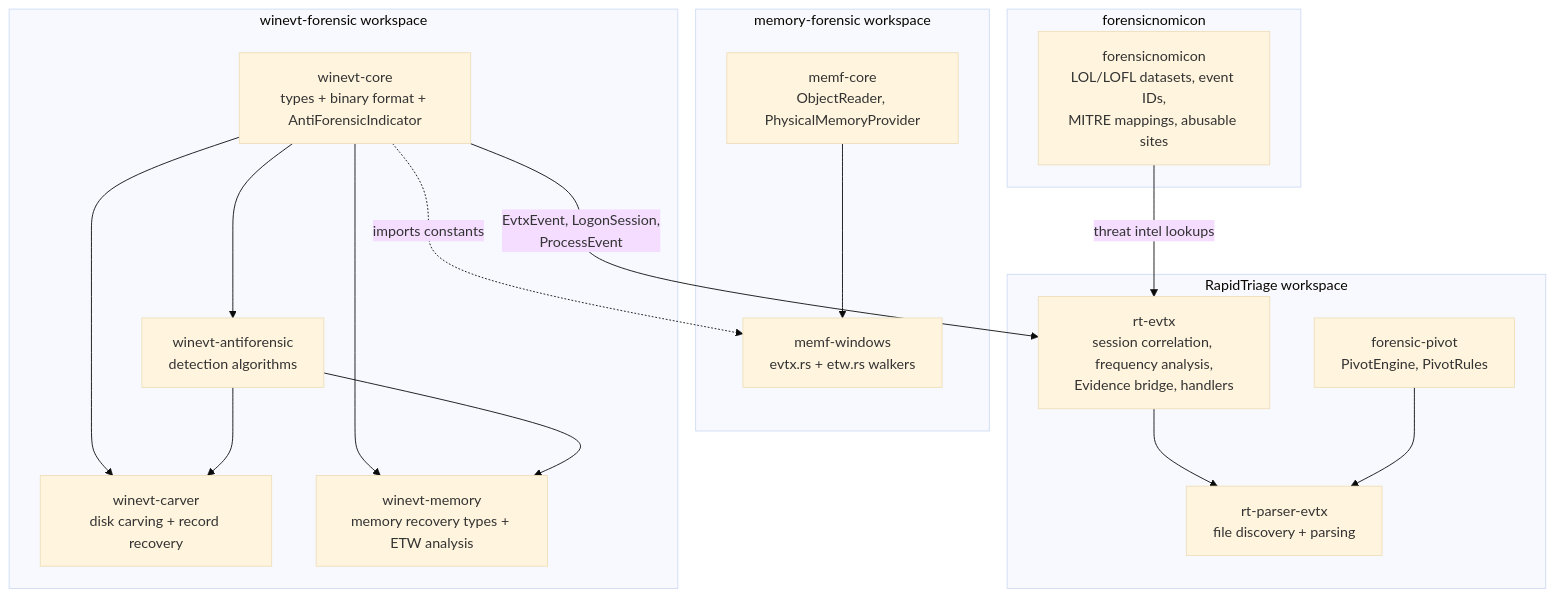
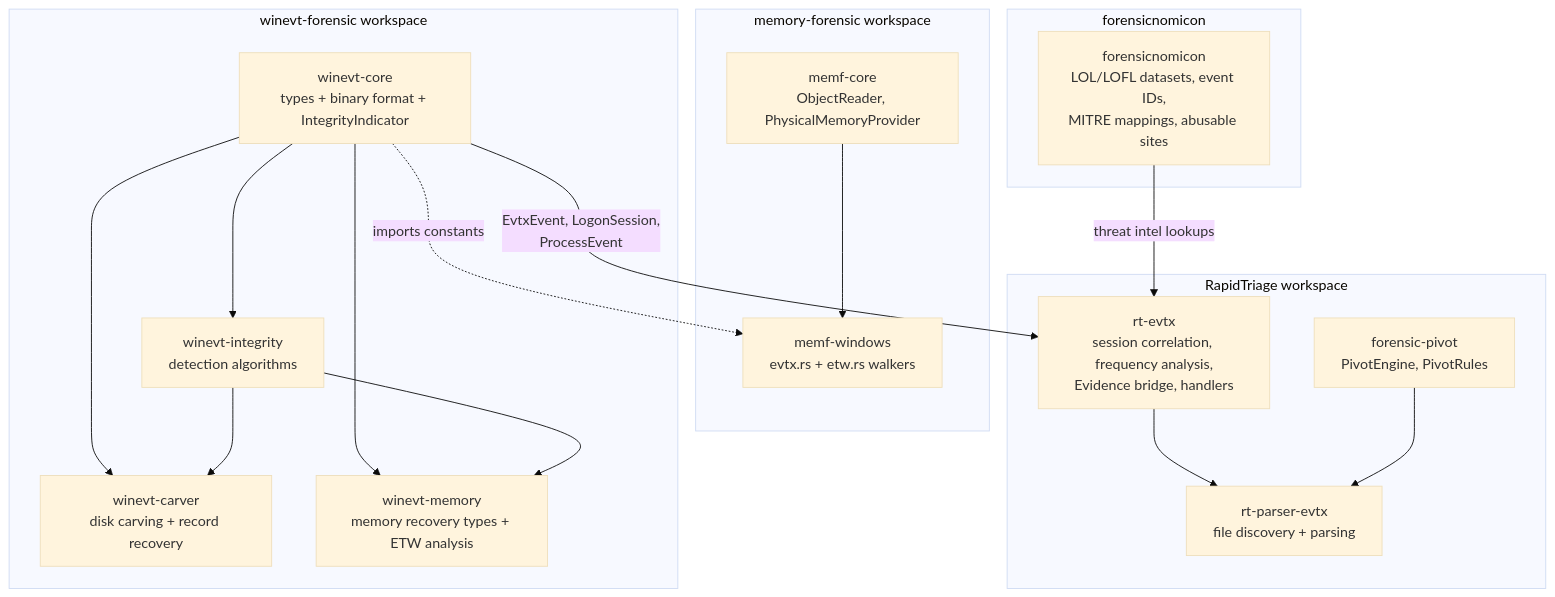
Before and after one commit to SecurityRonin/winevt-forensic: the diagram in PLAN.md, drawn with Mermaid (base theme). The commit also changed other lines of this file and 2 other files, not shown here.

First line of the commit message:
refactor: rename AntiForensicIndicator → IntegrityIndicator, winevt-antiforensic → winevt-integrity

````diff
--- a/PLAN.md
+++ b/PLAN.md
@@ -320,39 +320,39 @@
 ```mermaid
 graph TD
     subgraph "winevt-forensic workspace"
-        WC[winevt-core<br/>types + binary format + AntiForensicIndicator]
-        WAF[winevt-antiforensic<br/>detection algorithms]
+        WC[winevt-core<br/>types + binary format + IntegrityIndicator]
+        WAF[winevt-integrity<br/>detection algorithms]
         WCV[winevt-carver<br/>disk carving + record recovery]
         WM[winevt-memory<br/>memory recovery types + ETW analysis]
 
         WC --> WAF
         WC --> WCV
         WC --> WM
         WAF --> WCV
         WAF --> WM
     end
 
     subgraph "memory-forensic workspace"
         MC[memf-core<br/>ObjectReader, PhysicalMemoryProvider]
         MW[memf-windows<br/>evtx.rs + etw.rs walkers]
 
         MC --> MW
         WC -.->|"imports constants"| MW
     end
 
     subgraph "RapidTriage workspace"
         RTE[rt-evtx<br/>session correlation, frequency analysis,<br/>Evidence bridge, handlers]
         RTP[rt-parser-evtx<br/>file discovery + parsing]
         FP[forensic-pivot<br/>PivotEngine, PivotRules]
 
         WC -->|"EvtxEvent, LogonSession,<br/>ProcessEvent"| RTE
         RTE --> RTP
         FP --> RTP
     end
 
     subgraph "forensicnomicon"
         FN[forensicnomicon<br/>LOL/LOFL datasets, event IDs,<br/>MITRE mappings, abusable sites]
     end
 
     FN -->|"threat intel lookups"| RTE
 ```
````
